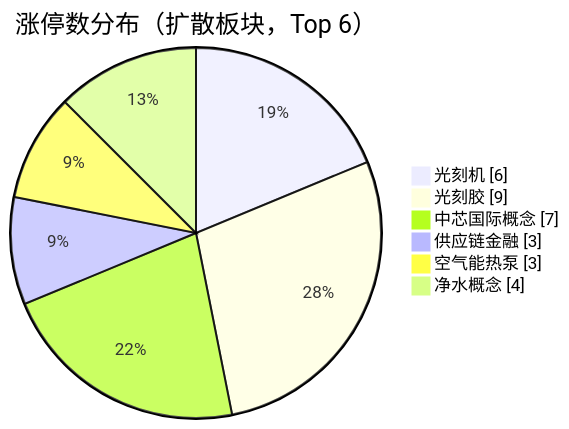
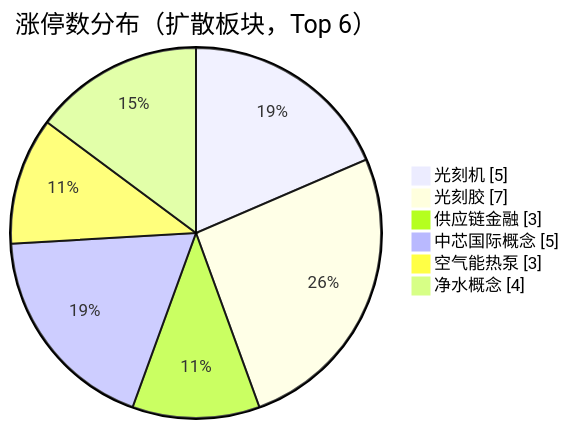
One commit to chenyang1999/chzl-kg changed the first of 3 diagrams in content/投研交易/盘中分析/20261117.md. Above: the diagram before and after it, drawn with Mermaid. The commit also changed other lines of this file, not shown here.

````diff
--- a/content/投研交易/盘中分析/20261117.md
+++ b/content/投研交易/盘中分析/20261117.md
@@ -28,10 +28,10 @@
 ```mermaid
 pie showData
     title 涨停数分布（扩散板块，Top 6）
-    "光刻机" : 6
-    "光刻胶" : 9
-    "中芯国际概念" : 7
+    "光刻机" : 5
+    "光刻胶" : 7
     "供应链金融" : 3
+    "中芯国际概念" : 5
     "空气能热泵" : 3
     "净水概念" : 4
 ```
````
